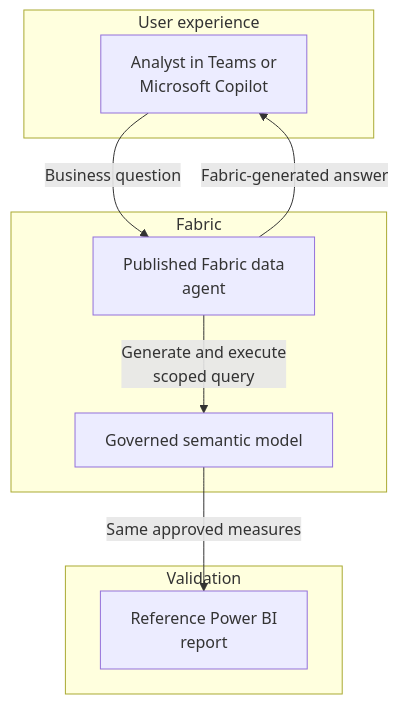
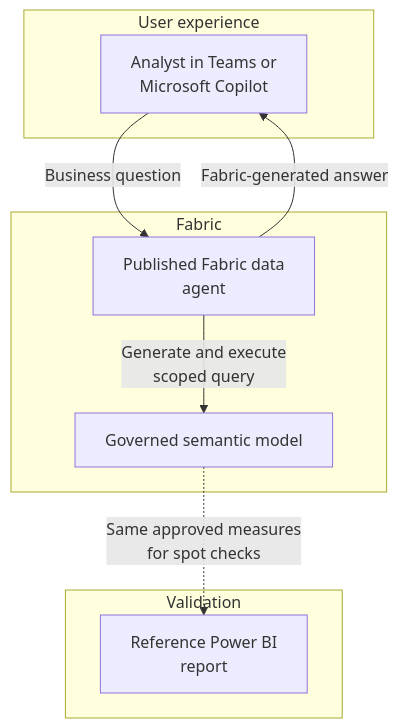
Before and after one commit to abhishek-ai-enabler/copilotstudio-architecture-patterns: the first of 2 diagrams in decision-patterns/fabric-direct.md, drawn with Mermaid. The commit also changed 41 other files, not shown here.

First line of the commit message:
Review diagrams: add return paths and fix flow accuracy

````diff
--- a/decision-patterns/fabric-direct.md
+++ b/decision-patterns/fabric-direct.md
@@ -7,19 +7,19 @@
 ```mermaid
 flowchart TB
     accTitle: Fabric 1: Publish a Fabric data agent directly - architecture
     accDescr: Start here to test the data layer alone. If this path returns the wrong period or exposes the wrong region, adding a Copilot Studio orchestrator will not fix it.
     subgraph group0["User experience"]
         U["Analyst in Teams or<br/>Microsoft Copilot"]
     end
     subgraph group1["Fabric"]
         A["Published Fabric data<br/>agent"]
         M["Governed semantic model"]
     end
     subgraph group3["Validation"]
         R["Reference Power BI<br/>report"]
     end
     U -->|"Business question"| A
     A -->|"Generate and execute<br/>scoped query"| M
-    M -->|"Same approved measures"| R
+    M -.->|"Same approved measures<br/>for spot checks"| R
     A -->|"Fabric-generated answer"| U
 ```
````
